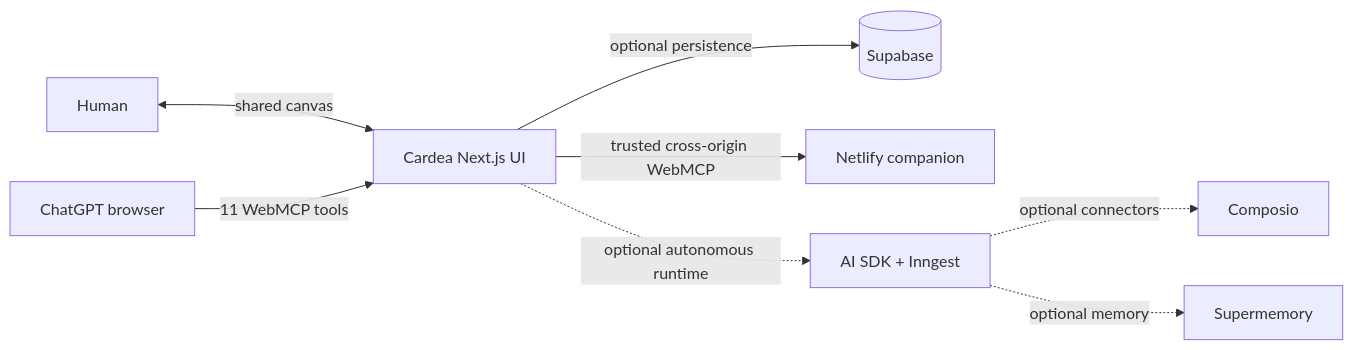
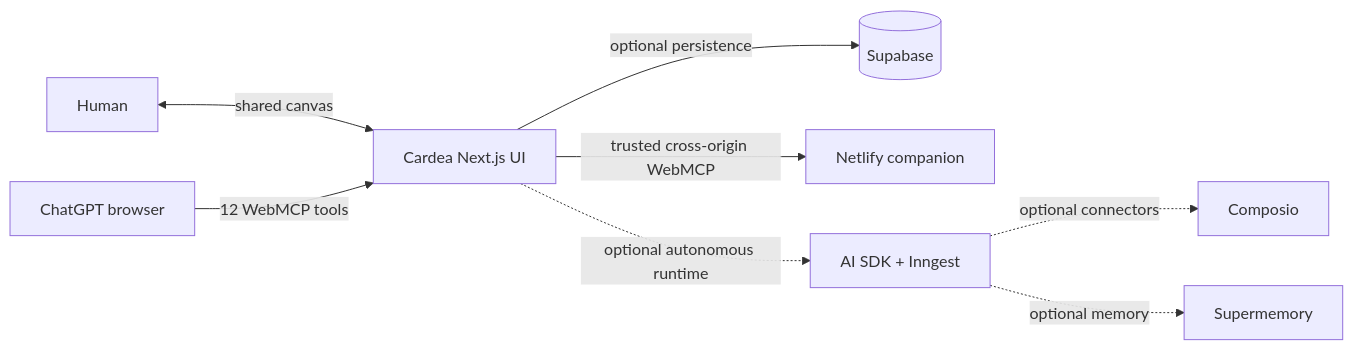
The diagram in README.md (SankrityaT/openai-mcp-hackathon), drawn with Mermaid before and after one commit. The commit also changed other lines of this file and 7 other files, not shown here.

````diff
--- a/README.md
+++ b/README.md
@@ -134,10 +135,10 @@
 ```mermaid
 flowchart LR
   Human[Human] <-->|shared canvas| Cardea[Cardea Next.js UI]
-  ChatGPT[ChatGPT browser] -->|11 WebMCP tools| Cardea
+  ChatGPT[ChatGPT browser] -->|12 WebMCP tools| Cardea
   Cardea -->|optional persistence| Supabase[(Supabase)]
   Cardea -->|trusted cross-origin WebMCP| Companion[Netlify companion]
   Cardea -. optional autonomous runtime .-> Harness[AI SDK + Inngest]
   Harness -. optional connectors .-> Composio[Composio]
   Harness -. optional memory .-> Supermemory[Supermemory]
 ```
````
